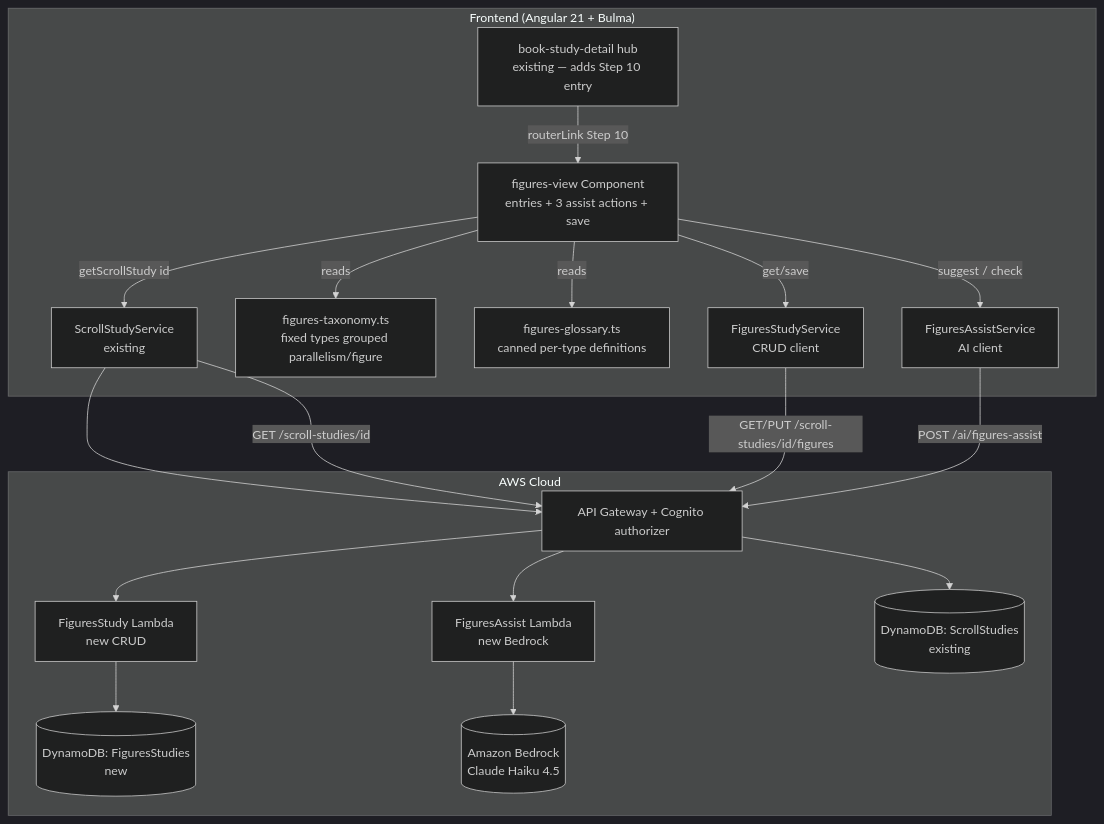
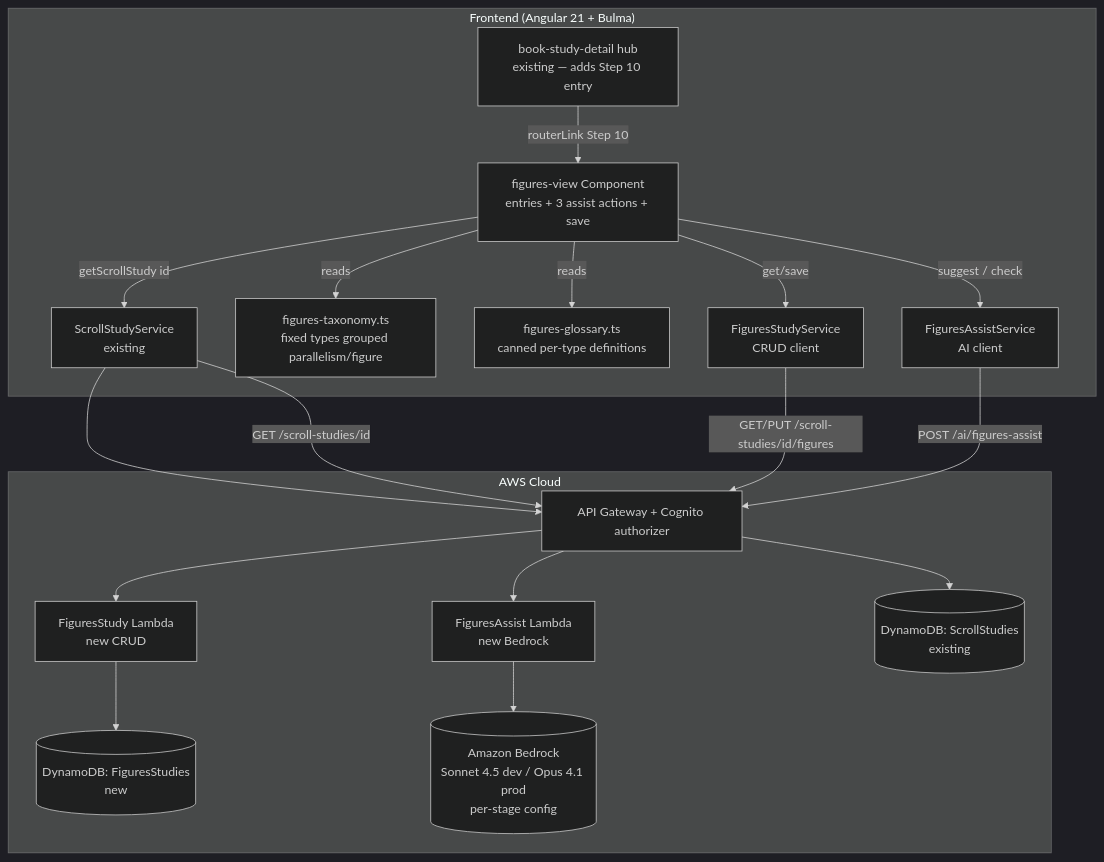
One commit to trsam1/sbs-assist changed the first of 2 diagrams in .kiro/specs/identify-figures-of-speech/design.md. Above: the diagram before and after it, drawn with Mermaid (dark theme). The commit also changed other lines of this file and 1 other file, not shown here.

First line of the commit message:
spec(figures): per-stage assist model — dev Sonnet 4.5, prod Opus 4.1

````diff
--- a/.kiro/specs/identify-figures-of-speech/design.md
+++ b/.kiro/specs/identify-figures-of-speech/design.md
@@ -42,29 +46,29 @@
 ```mermaid
 graph TD
     subgraph Frontend ["Frontend (Angular 21 + Bulma)"]
         FV[figures-view Component<br/>entries + 3 assist actions + save]
         FT[figures-taxonomy.ts<br/>fixed types grouped parallelism/figure]
         FG[figures-glossary.ts<br/>canned per-type definitions]
         FSVC[FiguresStudyService<br/>CRUD client]
         FASVC[FiguresAssistService<br/>AI client]
         SCR[ScrollStudyService<br/>existing]
         HUB[book-study-detail hub<br/>existing — adds Step 10 entry]
     end
 
     subgraph AWS ["AWS Cloud"]
         APIGW[API Gateway + Cognito authorizer]
         FigFn[FiguresStudy Lambda<br/>new CRUD]
         AssistFn[FiguresAssist Lambda<br/>new Bedrock]
-        Bedrock[(Amazon Bedrock<br/>Claude Haiku 4.5)]
+        Bedrock[(Amazon Bedrock<br/>Sonnet 4.5 dev / Opus 4.1 prod<br/>per-stage config)]
         DDBS[(DynamoDB: ScrollStudies<br/>existing)]
         DDBF[(DynamoDB: FiguresStudies<br/>new)]
     end
 
     HUB -->|routerLink Step 10| FV
     FV -->|getScrollStudy id| SCR --> APIGW
     FV -->|reads| FT
     FV -->|reads| FG
     FV -->|get/save| FSVC -->|GET/PUT /scroll-studies/id/figures| APIGW --> FigFn --> DDBF
     FV -->|suggest / check| FASVC -->|POST /ai/figures-assist| APIGW --> AssistFn --> Bedrock
     SCR -->|GET /scroll-studies/id| APIGW --> DDBS
 ```
````
